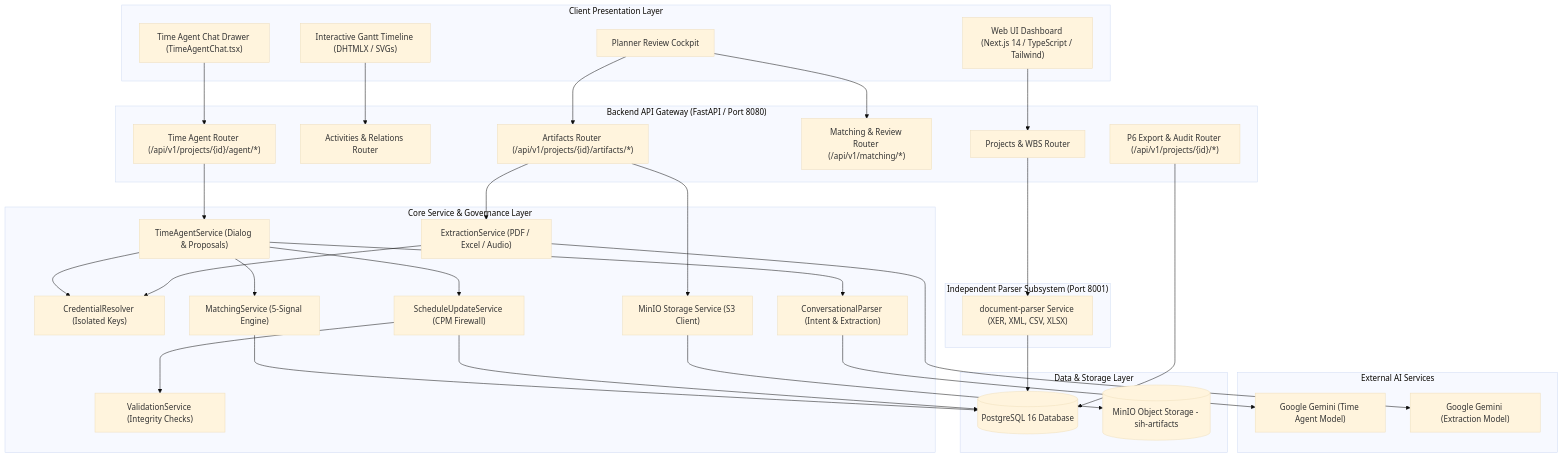
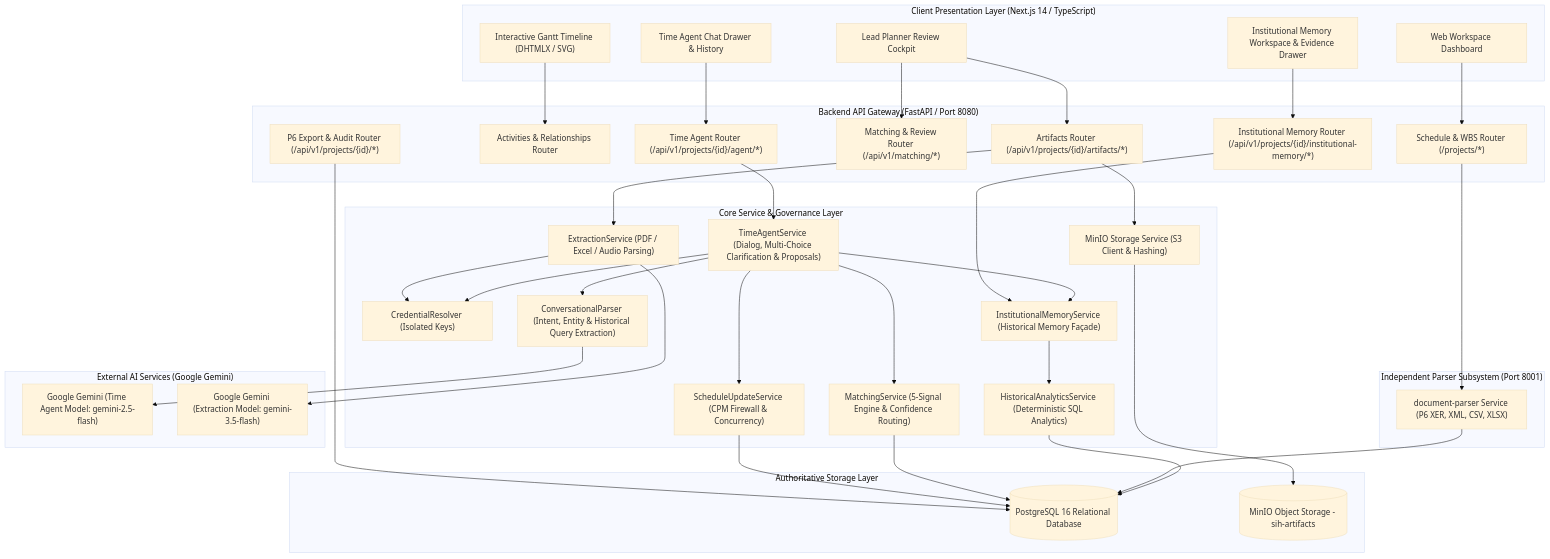
The first of 4 diagrams in docs/PPT_HANDOFF.md (BatraKrishal/ScheduleManager), drawn with Mermaid (base theme) before and after one commit. The commit also changed other lines of this file, not shown here.

Commit message:
docs: update PPT_HANDOFF.md with V1 Institutional Memory, Time Agent enhancements, and slide blueprint

````diff
--- a/docs/PPT_HANDOFF.md
+++ b/docs/PPT_HANDOFF.md
@@ -216,71 +194,79 @@
 ```mermaid
 flowchart TB
-    subgraph ClientLayer ["Client Presentation Layer"]
-        UI["Web UI Dashboard (Next.js 14 / TypeScript / Tailwind)"]
-        GANTT["Interactive Gantt Timeline (DHTMLX / SVGs)"]
-        CHAT["Time Agent Chat Drawer (TimeAgentChat.tsx)"]
-        REVIEW["Planner Review Cockpit"]
+    subgraph ClientLayer ["Client Presentation Layer (Next.js 14 / TypeScript)"]
+        UI["Web Workspace Dashboard"]
+        GANTT["Interactive Gantt Timeline (DHTMLX / SVG)"]
+        CHAT["Time Agent Chat Drawer & History"]
+        REVIEW["Lead Planner Review Cockpit"]
+        MEM_UI["Institutional Memory Workspace & Evidence Drawer"]
     end
 
-    subgraph APILayer ["Backend API Gateway (FastAPI / Port 8080)"]
-        API_PROJ["Projects & WBS Router"]
-        API_ACT["Activities & Relations Router"]
+    subgraph GatewayLayer ["Backend API Gateway (FastAPI / Port 8080)"]
+        API_SCHED["Schedule & WBS Router (/projects/*)"]
+        API_ACT["Activities & Relationships Router"]
         API_ART["Artifacts Router (/api/v1/projects/{id}/artifacts/*)"]
         API_MATCH["Matching & Review Router (/api/v1/matching/*)"]
         API_AGENT["Time Agent Router (/api/v1/projects/{id}/agent/*)"]
+        API_MEM["Institutional Memory Router (/api/v1/projects/{id}/institutional-memory/*)"]
         API_EXPORT["P6 Export & Audit Router (/api/v1/projects/{id}/*)"]
     end
 
     subgraph ServiceLayer ["Core Service & Governance Layer"]
         CREDS["CredentialResolver (Isolated Keys)"]
-        PARSER_AGENT["ConversationalParser (Intent & Extraction)"]
-        TIME_AGENT["TimeAgentService (Dialog & Proposals)"]
-        EXT_SVC["ExtractionService (PDF / Excel / Audio)"]
-        MATCH_SVC["MatchingService (5-Signal Engine)"]
-        UPD_SVC["ScheduleUpdateService (CPM Firewall)"]
-        VAL_SVC["ValidationService (Integrity Checks)"]
-        MINIO_SVC["MinIO Storage Service (S3 Client)"]
+        PARSER_AGENT["ConversationalParser (Intent, Entity & Historical Query Extraction)"]
+        TIME_AGENT["TimeAgentService (Dialog, Multi-Choice Clarification & Proposals)"]
+        EXT_SVC["ExtractionService (PDF / Excel / Audio Parsing)"]
+        MATCH_SVC["MatchingService (5-Signal Engine & Confidence Routing)"]
+        UPD_SVC["ScheduleUpdateService (CPM Firewall & Concurrency)"]
+        MEM_SVC["InstitutionalMemoryService (Historical Memory Façade)"]
+        HIST_SVC["HistoricalAnalyticsService (Deterministic SQL Analytics)"]
+        MINIO_SVC["MinIO Storage Service (S3 Client & Hashing)"]
     end
 
-    subgraph ParsingSubsystem ["Independent Parser Subsystem (Port 8001)"]
-        DOC_PARSER["document-parser Service (XER, XML, CSV, XLSX)"]
+    subgraph ParserSubsystem ["Independent Parser Subsystem (Port 8001)"]
+        DOC_PARSER["document-parser Service (P6 XER, XML, CSV, XLSX)"]
     end
 
-    subgraph ExternalAI ["External AI Services"]
-        GEMINI_AGENT["Google Gemini (Time Agent Model)"]
-        GEMINI_EXT["Google Gemini (Extraction Model)"]
+    subgraph ExternalAI ["External AI Services (Google Gemini)"]
+        GEMINI_AGENT["Google Gemini (Time Agent Model: gemini-2.5-flash)"]
+        GEMINI_EXT["Google Gemini (Extraction Model: gemini-3.5-flash)"]
     end
 
-    subgraph StorageLayer ["Data & Storage Layer"]
-        PG[(PostgreSQL 16 Database)]
+    subgraph StorageLayer ["Authoritative Storage Layer"]
+        PG[(PostgreSQL 16 Relational Database)]
         MINIO[(MinIO Object Storage - sih-artifacts)]
     end
 
-    UI --> API_PROJ
+    UI --> API_SCHED
     GANTT --> API_ACT
     CHAT --> API_AGENT
     REVIEW --> API_MATCH
     REVIEW --> API_ART
+    MEM_UI --> API_MEM
 
     API_AGENT --> TIME_AGENT
     TIME_AGENT --> CREDS
     TIME_AGENT --> PARSER_AGENT
     PARSER_AGENT --> GEMINI_AGENT
     TIME_AGENT --> MATCH_SVC
     TIME_AGENT --> UPD_SVC
+    TIME_AGENT --> MEM_SVC
+
+    API_MEM --> MEM_SVC
+    MEM_SVC --> HIST_SVC
+    HIST_SVC --> PG
 
     API_ART --> MINIO_SVC
     API_ART --> EXT_SVC
     EXT_SVC --> CREDS
     EXT_SVC --> GEMINI_EXT
     MINIO_SVC --> MINIO
 
-    API_PROJ --> DOC_PARSER
+    API_SCHED --> DOC_PARSER
     DOC_PARSER --> PG
 
     MATCH_SVC --> PG
-    UPD_SVC --> VAL_SVC
     UPD_SVC --> PG
 
     API_EXPORT --> PG
 ```
````
